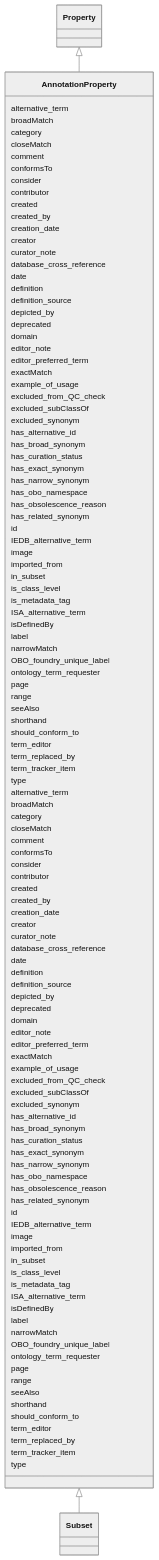
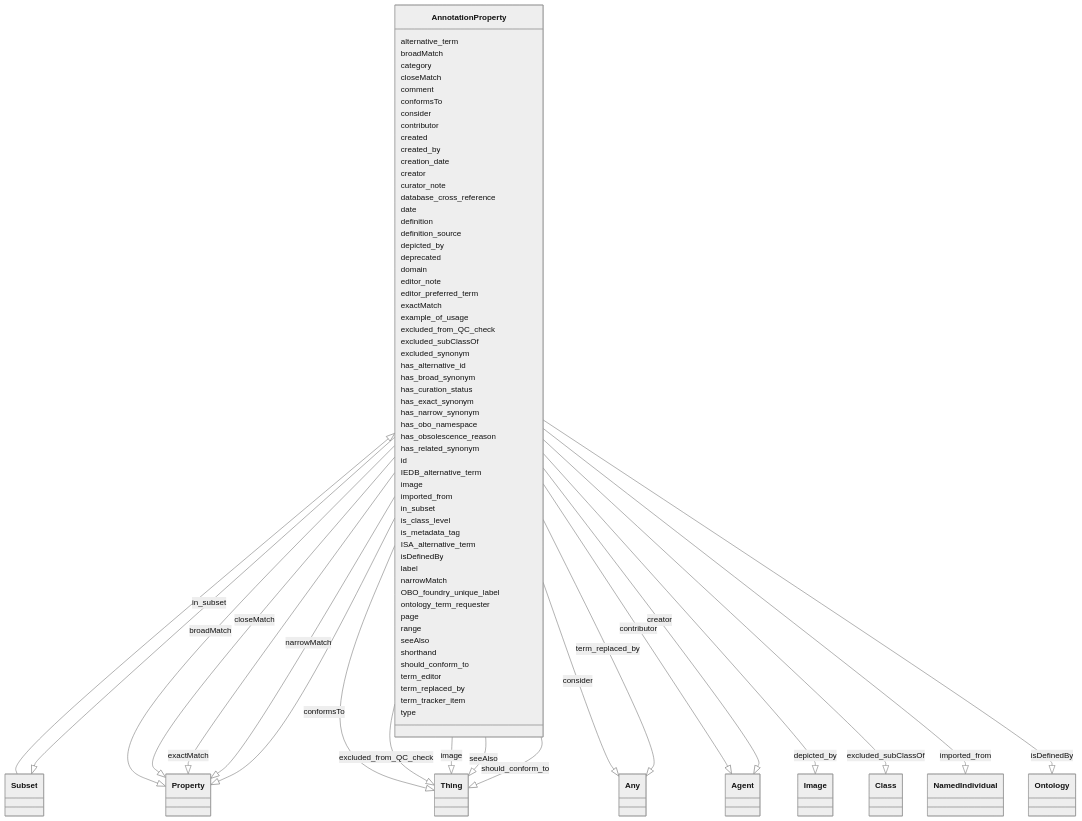
The diagram in ontology-metadata/AnnotationProperty.md (cthoyt/ontology-access-kit), drawn with Mermaid (neutral theme) before and after one commit. The commit also changed other lines of this file and 3287 other files, not shown here.

````diff
--- a/ontology-metadata/AnnotationProperty.md
+++ b/ontology-metadata/AnnotationProperty.md
@@ -13,123 +16,159 @@
     class AnnotationProperty
       Property <|-- AnnotationProperty
       
-      AnnotationProperty : alternative_term
-      AnnotationProperty : broadMatch
-      AnnotationProperty : category
-      AnnotationProperty : closeMatch
-      AnnotationProperty : comment
-      AnnotationProperty : conformsTo
-      AnnotationProperty : consider
-      AnnotationProperty : contributor
-      AnnotationProperty : created
-      AnnotationProperty : created_by
-      AnnotationProperty : creation_date
-      AnnotationProperty : creator
-      AnnotationProperty : curator_note
-      AnnotationProperty : database_cross_reference
-      AnnotationProperty : date
-      AnnotationProperty : definition
-      AnnotationProperty : definition_source
-      AnnotationProperty : depicted_by
-      AnnotationProperty : deprecated
-      AnnotationProperty : domain
-      AnnotationProperty : editor_note
-      AnnotationProperty : editor_preferred_term
-      AnnotationProperty : exactMatch
-      AnnotationProperty : example_of_usage
-      AnnotationProperty : excluded_from_QC_check
-      AnnotationProperty : excluded_subClassOf
-      AnnotationProperty : excluded_synonym
-      AnnotationProperty : has_alternative_id
-      AnnotationProperty : has_broad_synonym
-      AnnotationProperty : has_curation_status
-      AnnotationProperty : has_exact_synonym
-      AnnotationProperty : has_narrow_synonym
-      AnnotationProperty : has_obo_namespace
-      AnnotationProperty : has_obsolescence_reason
-      AnnotationProperty : has_related_synonym
-      AnnotationProperty : id
-      AnnotationProperty : IEDB_alternative_term
-      AnnotationProperty : image
-      AnnotationProperty : imported_from
-      AnnotationProperty : in_subset
-      AnnotationProperty : is_class_level
-      AnnotationProperty : is_metadata_tag
-      AnnotationProperty : ISA_alternative_term
-      AnnotationProperty : isDefinedBy
-      AnnotationProperty : label
-      AnnotationProperty : narrowMatch
-      AnnotationProperty : OBO_foundry_unique_label
-      AnnotationProperty : ontology_term_requester
-      AnnotationProperty : page
-      AnnotationProperty : range
-      AnnotationProperty : seeAlso
-      AnnotationProperty : shorthand
-      AnnotationProperty : should_conform_to
-      AnnotationProperty : term_editor
-      AnnotationProperty : term_replaced_by
-      AnnotationProperty : term_tracker_item
-      AnnotationProperty : type
-      
 
       AnnotationProperty <|-- Subset
       
+      
       AnnotationProperty : alternative_term
+        
       AnnotationProperty : broadMatch
+        
+          AnnotationProperty --|> Property : broadMatch
+        
       AnnotationProperty : category
+        
       AnnotationProperty : closeMatch
+        
+          AnnotationProperty --|> Property : closeMatch
+        
       AnnotationProperty : comment
+        
       AnnotationProperty : conformsTo
+        
+          AnnotationProperty --|> Thing : conformsTo
+        
       AnnotationProperty : consider
+        
+          AnnotationProperty --|> Any : consider
+        
       AnnotationProperty : contributor
+        
+          AnnotationProperty --|> Agent : contributor
+        
       AnnotationProperty : created
+        
       AnnotationProperty : created_by
+        
       AnnotationProperty : creation_date
+        
       AnnotationProperty : creator
+        
+          AnnotationProperty --|> Agent : creator
+        
       AnnotationProperty : curator_note
+        
       AnnotationProperty : database_cross_reference
+        
       AnnotationProperty : date
+        
       AnnotationProperty : definition
+        
       AnnotationProperty : definition_source
+        
       AnnotationProperty : depicted_by
+        
+          AnnotationProperty --|> Image : depicted_by
+        
       AnnotationProperty : deprecated
+        
       AnnotationProperty : domain
+        
       AnnotationProperty : editor_note
+        
       AnnotationProperty : editor_preferred_term
+        
       AnnotationProperty : exactMatch
+        
+          AnnotationProperty --|> Property : exactMatch
+        
       AnnotationProperty : example_of_usage
+        
       AnnotationProperty : excluded_from_QC_check
+        
+          AnnotationProperty --|> Thing : excluded_from_QC_check
+        
       AnnotationProperty : excluded_subClassOf
+        
+          AnnotationProperty --|> Class : excluded_subClassOf
+        
       AnnotationProperty : excluded_synonym
+        
       AnnotationProperty : has_alternative_id
+        
       AnnotationProperty : has_broad_synonym
+        
       AnnotationProperty : has_curation_status
+        
       AnnotationProperty : has_exact_synonym
+        
       AnnotationProperty : has_narrow_synonym
+        
       AnnotationProperty : has_obo_namespace
+        
       AnnotationProperty : has_obsolescence_reason
+        
       AnnotationProperty : has_related_synonym
+        
       AnnotationProperty : id
+        
       AnnotationProperty : IEDB_alternative_term
+        
       AnnotationProperty : image
+        
+          AnnotationProperty --|> Thing : image
+        
       AnnotationProperty : imported_from
+        
+          AnnotationProperty --|> NamedIndividual : imported_from
+        
       AnnotationProperty : in_subset
+        
+          AnnotationProperty --|> Subset : in_subset
+        
       AnnotationProperty : is_class_level
+        
       AnnotationProperty : is_metadata_tag
+        
       AnnotationProperty : ISA_alternative_term
+        
       AnnotationProperty : isDefinedBy
+        
+          AnnotationProperty --|> Ontology : isDefinedBy
+        
       AnnotationProperty : label
+        
       AnnotationProperty : narrowMatch
+        
+          AnnotationProperty --|> Property : narrowMatch
+        
       AnnotationProperty : OBO_foundry_unique_label
+        
       AnnotationProperty : ontology_term_requester
+        
       AnnotationProperty : page
+        
       AnnotationProperty : range
+        
       AnnotationProperty : seeAlso
+        
+          AnnotationProperty --|> Thing : seeAlso
+        
       AnnotationProperty : shorthand
+        
       AnnotationProperty : should_conform_to
+        
+          AnnotationProperty --|> Thing : should_conform_to
+        
       AnnotationProperty : term_editor
+        
       AnnotationProperty : term_replaced_by
+        
+          AnnotationProperty --|> Any : term_replaced_by
+        
       AnnotationProperty : term_tracker_item
+        
       AnnotationProperty : type
+        
       
 ```
````
